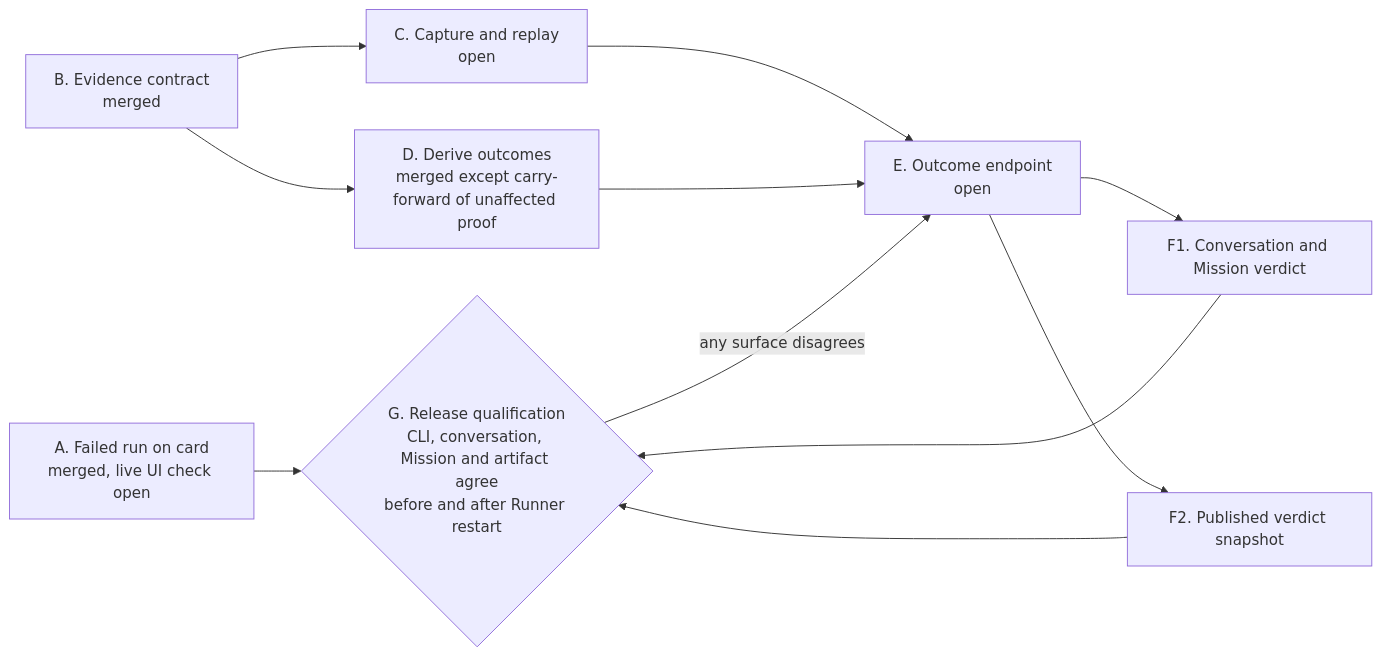
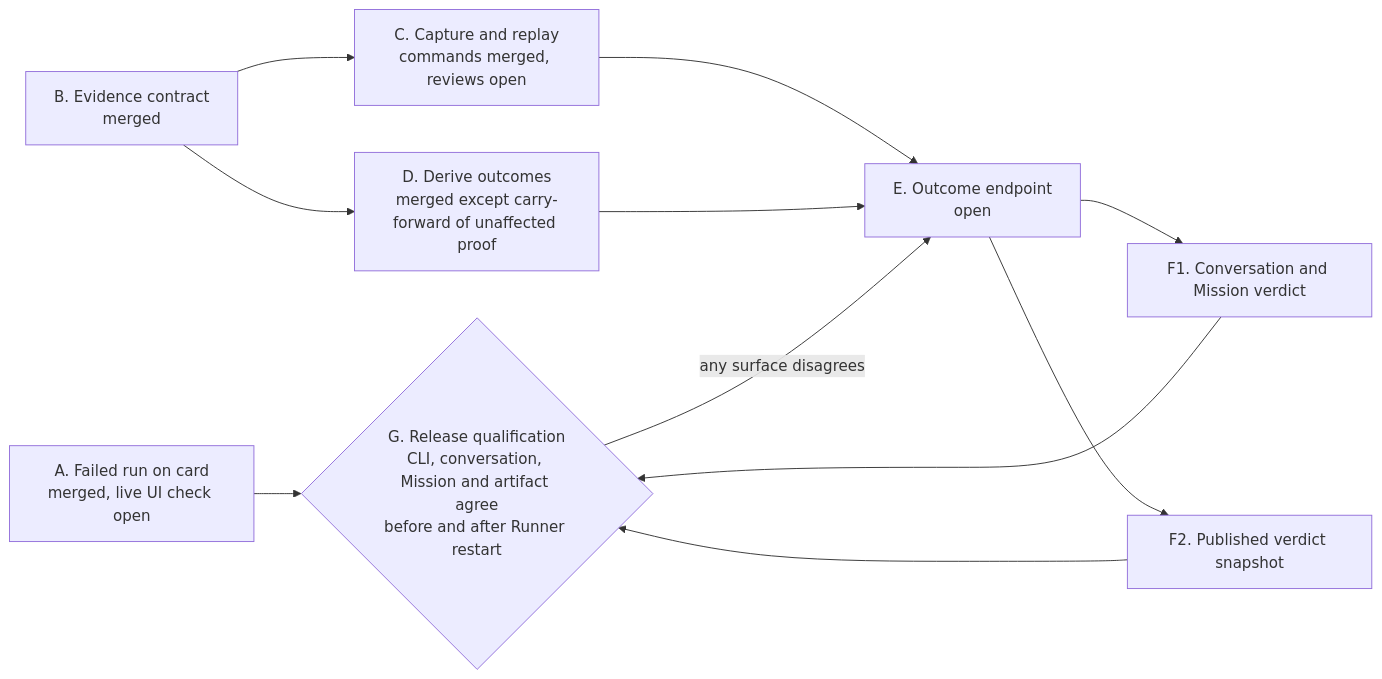
The diagram in audits/2026-11-22/delivery-outcomes-roadmap.md (AntoineToussaint/lazybox), drawn with Mermaid before and after one commit. The commit also changed other lines of this file and 31 other files, not shown here.

````diff
--- a/audits/2026-11-22/delivery-outcomes-roadmap.md
+++ b/audits/2026-11-22/delivery-outcomes-roadmap.md
@@ -34,17 +34,17 @@
 ```mermaid
 flowchart LR
   A["A. Failed run on card<br/>merged, live UI check open"]
   B["B. Evidence contract<br/>merged"]
-  C["C. Capture and replay<br/>open"]
+  C["C. Capture and replay<br/>commands merged, reviews open"]
   D["D. Derive outcomes<br/>merged except carry-forward of unaffected proof"]
   E["E. Outcome endpoint<br/>open"]
   F1["F1. Conversation and Mission verdict"]
   F2["F2. Published verdict snapshot"]
   G{"G. Release qualification<br/>CLI, conversation, Mission and artifact agree<br/>before and after Runner restart"}
   B --> C --> E
   B --> D --> E
   E --> F1 --> G
   E --> F2 --> G
   A --> G
   G -- "any surface disagrees" --> E
 ```
````
